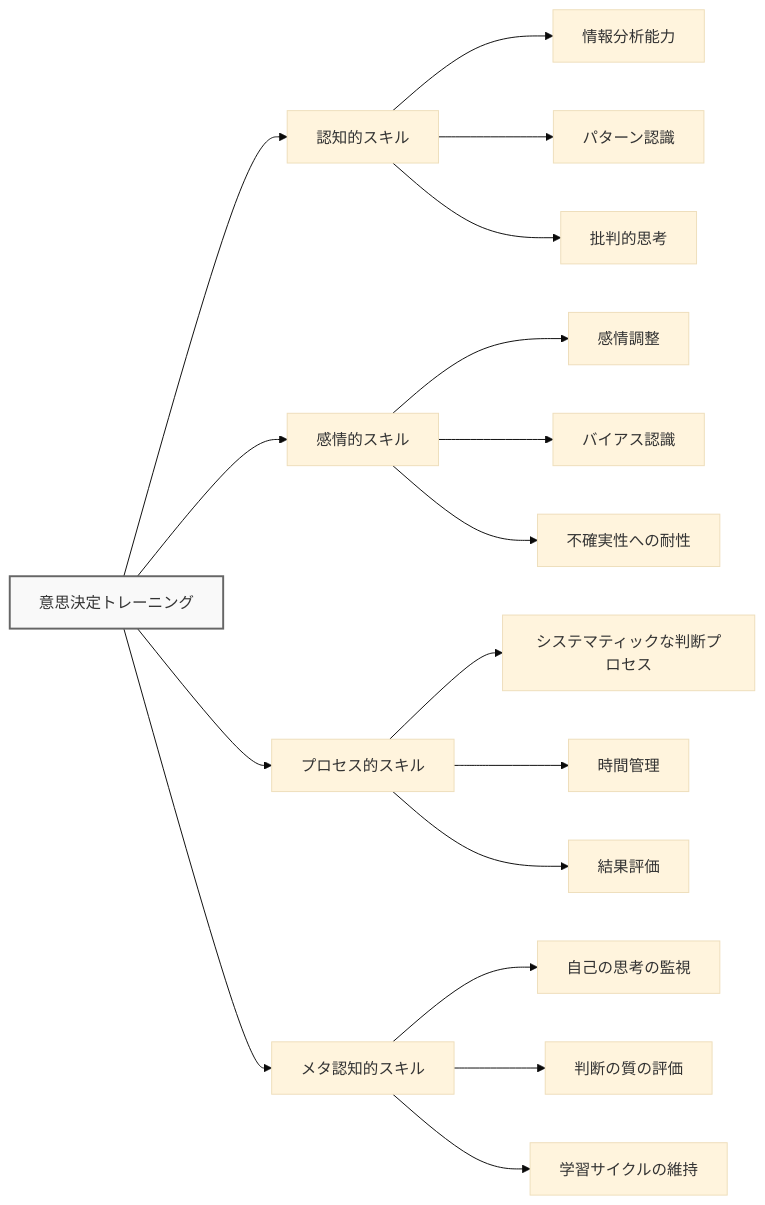
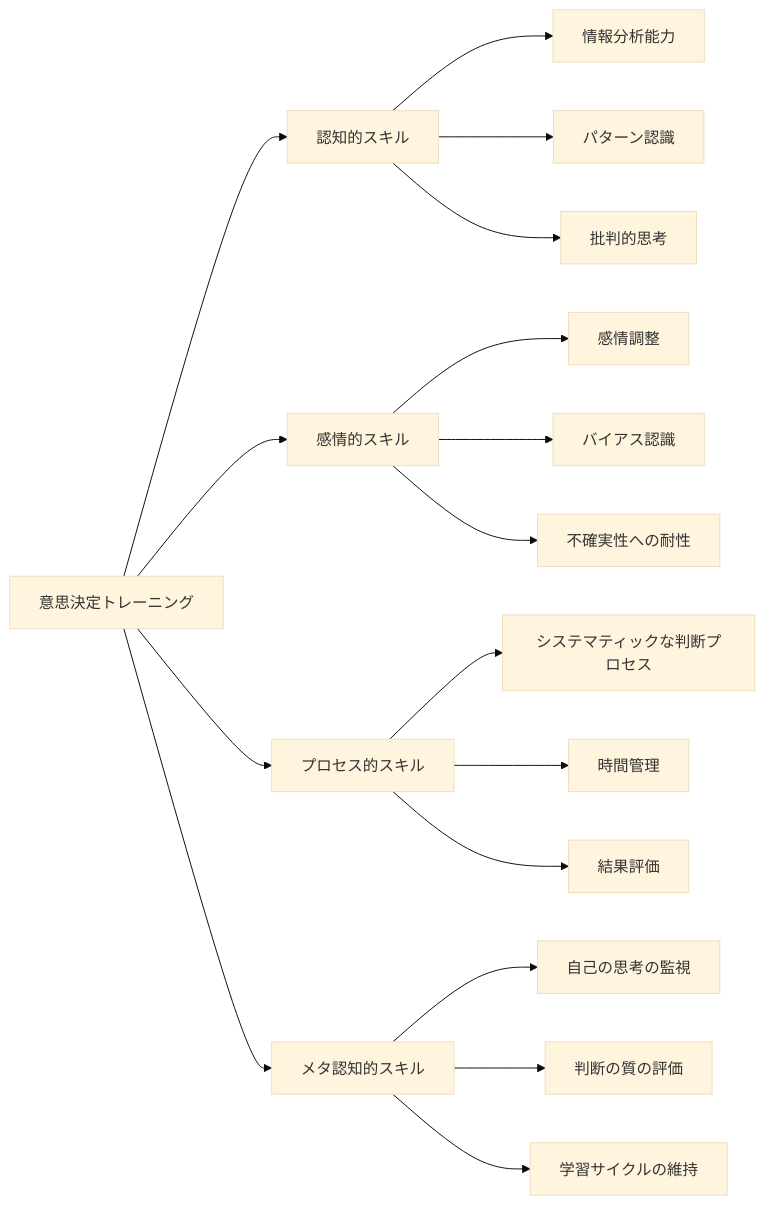
One commit to shuji-bonji/Situational-Awareness-and-Decision-Making changed the first of 8 diagrams in docs/decision-making-guide/decision-training.md. Above: the diagram before and after it, drawn with Mermaid (base theme). The commit also changed other lines of this file and 49 other files, not shown here.

Commit message:
fix: ダークモードで見づらい図の色の変更

````diff
--- a/docs/decision-making-guide/decision-training.md
+++ b/docs/decision-making-guide/decision-training.md
@@ -16,25 +16,25 @@
 ```mermaid
 graph LR
     A[意思決定トレーニング] --> B[認知的スキル]
     A --> C[感情的スキル]
     A --> D[プロセス的スキル]
     A --> E[メタ認知的スキル]
     
     B --> B1[情報分析能力]
     B --> B2[パターン認識]
     B --> B3[批判的思考]
     
     C --> C1[感情調整]
     C --> C2[バイアス認識]
     C --> C3[不確実性への耐性]
     
     D --> D1[システマティックな判断プロセス]
     D --> D2[時間管理]
     D --> D3[結果評価]
     
     E --> E1[自己の思考の監視]
     E --> E2[判断の質の評価]
     E --> E3[学習サイクルの維持]
     
-    style A fill:#f9f9f9,stroke:#666,stroke-width:2px
+
 ```
````
